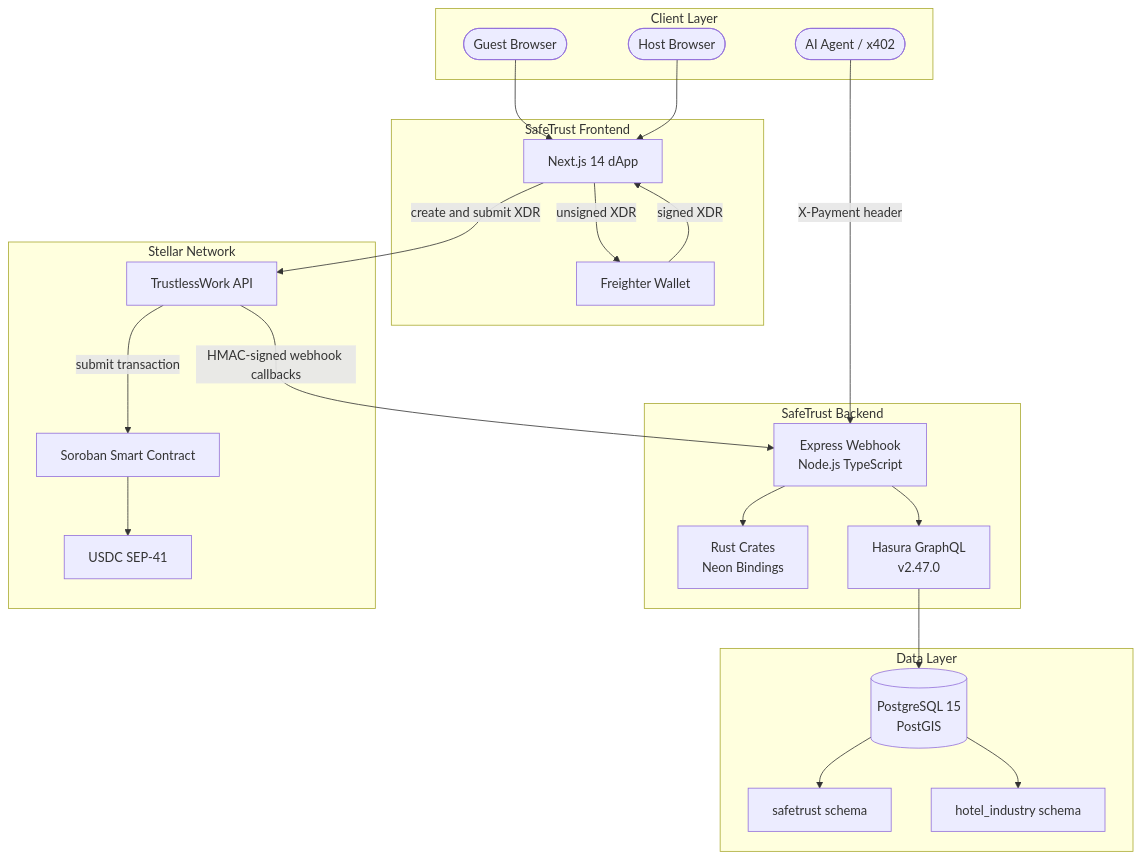
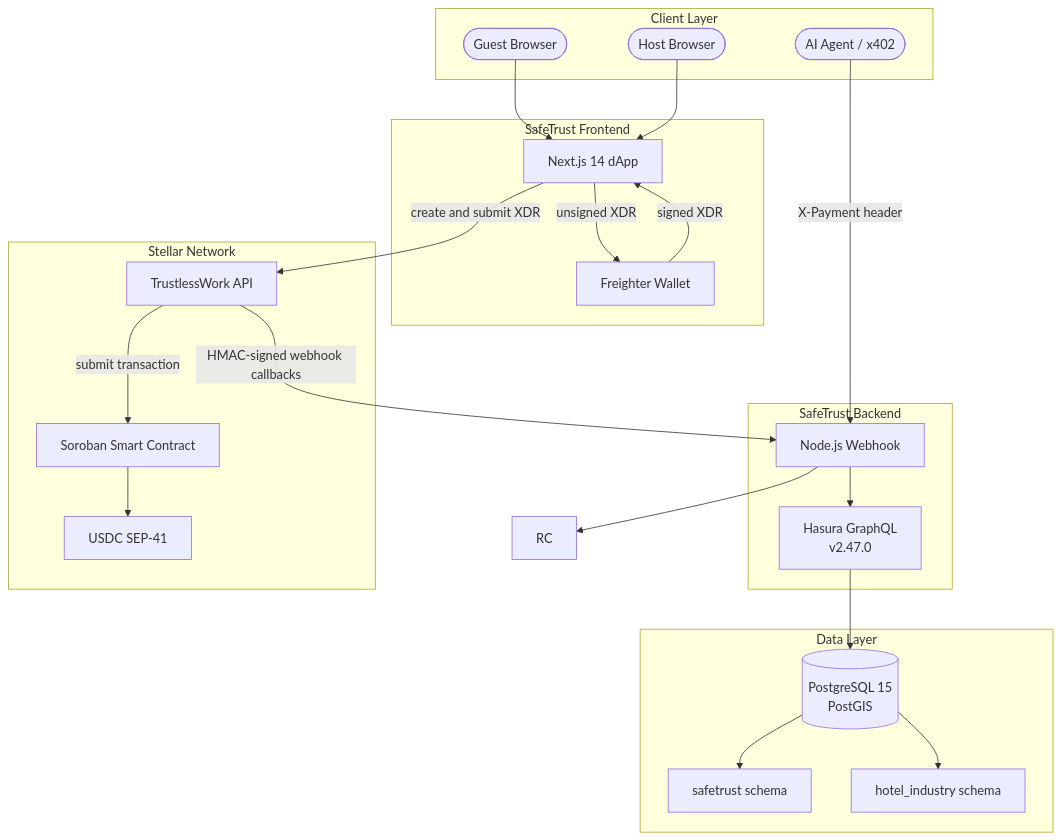
The first of 5 diagrams in docs/architecture/overview.md (safetrustcr/backend-SafeTrust), drawn with Mermaid before and after one commit. The commit also changed other lines of this file and 106 other files, not shown here.

````diff
--- a/docs/architecture/overview.md
+++ b/docs/architecture/overview.md
@@ -10,46 +10,46 @@
 ```mermaid
 flowchart TD
     subgraph Client Layer
         GU([Guest Browser])
         HO([Host Browser])
         AI([AI Agent / x402])
     end
 
     subgraph SafeTrust Frontend
         FE[Next.js 14 dApp]
         FW[Freighter Wallet]
     end
 
     subgraph SafeTrust Backend
         WH[Express Webhook\nNode.js TypeScript]
-        RC[Rust Crates\nNeon Bindings]
+        WH[Node.js Webhook]
         HG[Hasura GraphQL\nv2.47.0]
     end
 
     subgraph Data Layer
         PG[(PostgreSQL 15\nPostGIS)]
         ST[safetrust schema]
         HI[hotel_industry schema]
     end
 
     subgraph Stellar Network
         TW[TrustlessWork API]
         SC[Soroban Smart Contract]
         USDC[USDC SEP-41]
     end
 
     GU --> FE
     HO --> FE
     AI -->|X-Payment header| WH
     FE -->|unsigned XDR| FW
     FW -->|signed XDR| FE
     FE -->|create and submit XDR| TW
     TW -->|HMAC-signed webhook callbacks| WH
     WH --> RC
     WH --> HG
     TW -->|submit transaction| SC
     SC --> USDC
     HG --> PG
     PG --> ST
     PG --> HI
 ```
````
